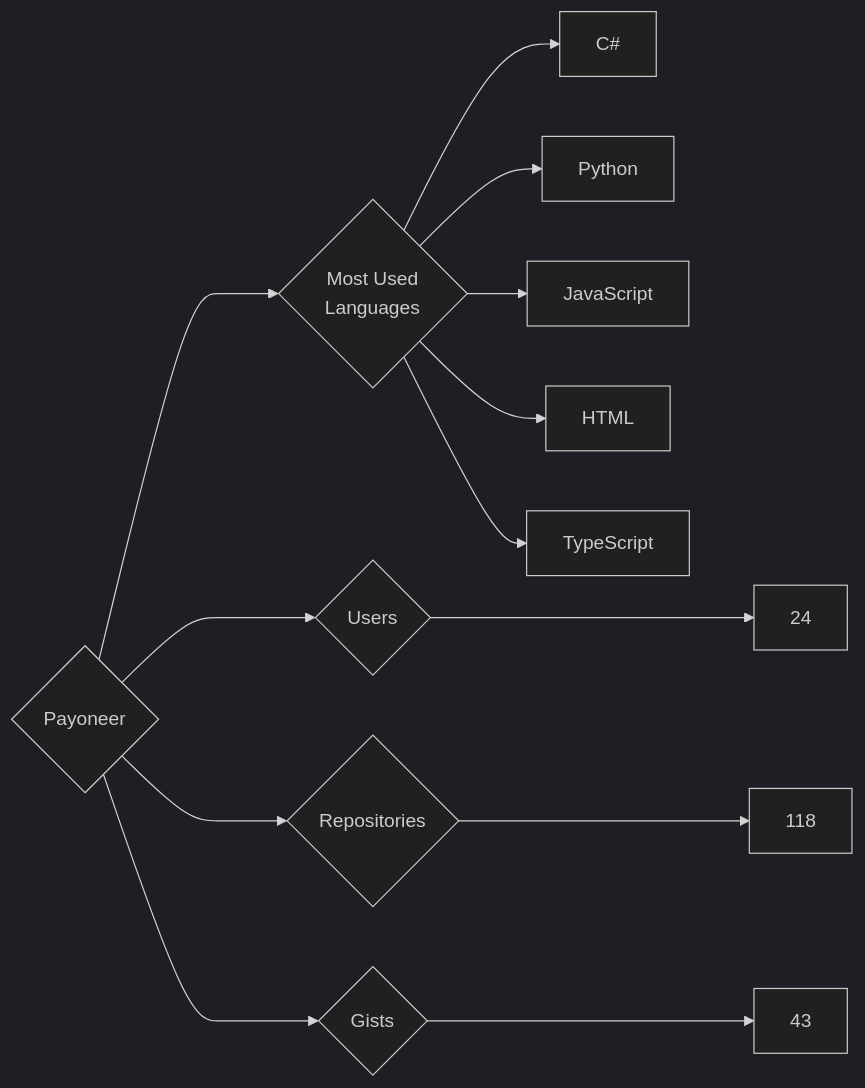
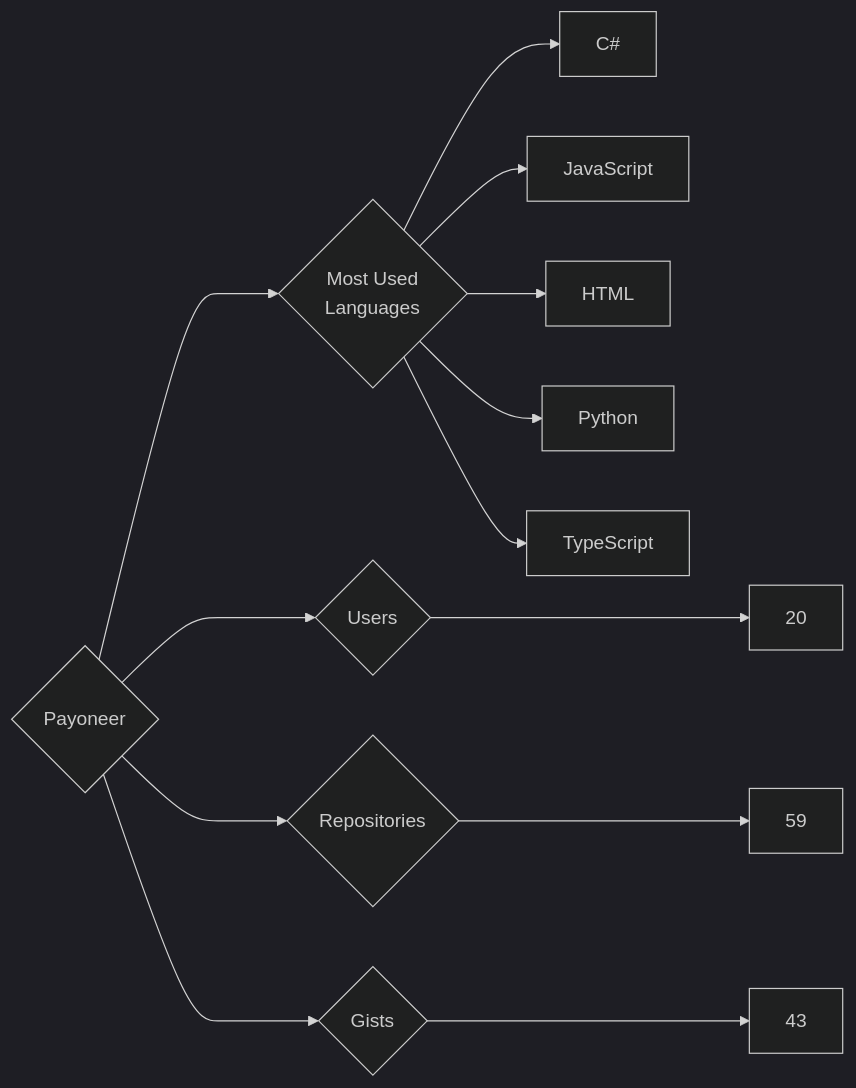
The diagram in targets/Payoneer/README.md (trickest/insiders), drawn with Mermaid (dark theme) before and after one commit. The commit also changed 715 other files, not shown here.

````diff
--- a/targets/Payoneer/README.md
+++ b/targets/Payoneer/README.md
@@ -3,13 +3,13 @@
 ```mermaid
 graph LR
 COMPANY_NAME{Payoneer}
-COMPANY_NAME ---> U{Users} ---> UN[24]
-COMPANY_NAME ---> R{Repositories} ---> RN[118]
+COMPANY_NAME ---> U{Users} ---> UN[20]
+COMPANY_NAME ---> R{Repositories} ---> RN[59]
 COMPANY_NAME ---> G{Gists} ---> GN[43]
 COMPANY_NAME ---> ML{Most Used<br>Languages}
 ML --> C#[C#]
-ML --> Python[Python]
 ML --> JavaScript[JavaScript]
 ML --> HTML[HTML]
+ML --> Python[Python]
 ML --> TypeScript[TypeScript]
 ```
````
